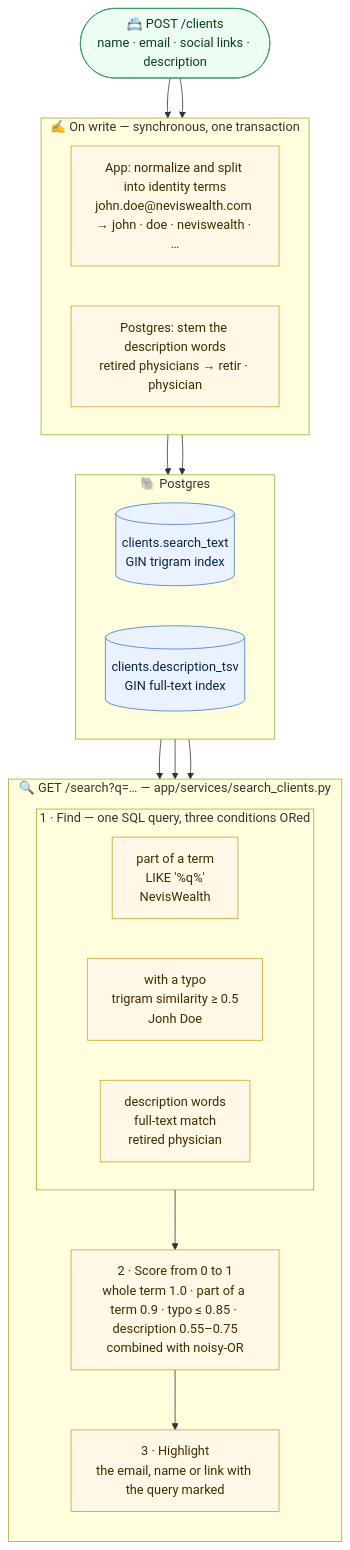
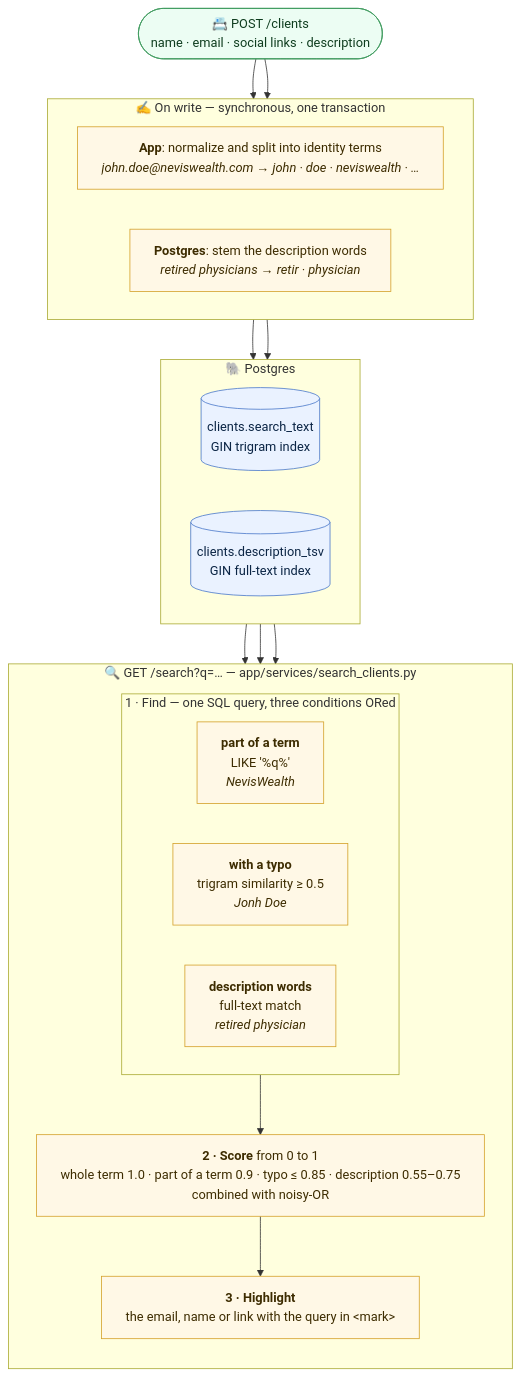
Before and after one commit to refined/neviswealth: the first of 3 diagrams in README.md, drawn with Mermaid. The commit also changed other lines of this file, not shown here.

First line of the commit message:
Widen Mermaid label wrapping so GitHub does not clip diagram text

````diff
--- a/README.md
+++ b/README.md
@@ -61,44 +61,44 @@
 ```mermaid
-%%{init: {"flowchart": {"htmlLabels": false}}}%%
+%%{init: {"flowchart": {"wrappingWidth": 1000}}}%%
 flowchart TB
     input(["📇 POST /clients<br/>name · email · social links · description"])
 
     subgraph write["✍️ On write — synchronous, one transaction"]
         direction LR
-        split["App: normalize and split into identity terms<br/>john.doe@neviswealth.com → john · doe · neviswealth · …"]
-        stem["Postgres: stem the description words<br/>retired physicians → retir · physician"]
+        split["<b>App</b>: normalize and split into identity terms<br/><i>john.doe@neviswealth.com → john · doe · neviswealth · …</i>"]
+        stem["<b>Postgres</b>: stem the description words<br/><i>retired physicians → retir · physician</i>"]
     end
 
     subgraph db["🐘 Postgres"]
         direction LR
         search_text[("clients.search_text<br/>GIN trigram index")]
         description_tsv[("clients.description_tsv<br/>GIN full-text index")]
     end
 
     input --> split & stem
     split --> search_text
     stem --> description_tsv
 
     subgraph search["🔍 GET /search?q=… — app/services/search_clients.py"]
         direction TB
         subgraph find["1 · Find — one SQL query, three conditions ORed"]
             direction LR
-            part["part of a term<br/>LIKE '%q%'<br/>NevisWealth"]
-            typo["with a typo<br/>trigram similarity ≥ 0.5<br/>Jonh Doe"]
-            words["description words<br/>full-text match<br/>retired physician"]
+            part["<b>part of a term</b><br/>LIKE '%q%'<br/><i>NevisWealth</i>"]
+            typo["<b>with a typo</b><br/>trigram similarity ≥ 0.5<br/><i>Jonh Doe</i>"]
+            words["<b>description words</b><br/>full-text match<br/><i>retired physician</i>"]
         end
-        score["2 · Score from 0 to 1<br/>whole term 1.0 · part of a term 0.9 · typo ≤ 0.85 · description 0.55–0.75<br/>combined with noisy-OR"]
-        highlight["3 · Highlight<br/>the email, name or link with the query marked"]
+        score["<b>2 · Score</b> from 0 to 1<br/>whole term 1.0 · part of a term 0.9 · typo ≤ 0.85 · description 0.55–0.75<br/>combined with noisy-OR"]
+        highlight["<b>3 · Highlight</b><br/>the email, name or link with the query in &lt;mark&gt;"]
         find --> score --> highlight
     end
 
     search_text --> part & typo
     description_tsv --> words
 
     classDef io fill:#ecfdf3,stroke:#3f9b5f,color:#0f3d1f
     classDef step fill:#fff8e6,stroke:#d4a12a,color:#3d2c00
     classDef store fill:#eaf2ff,stroke:#4a78c9,color:#0b2545
     class input io
     class split,stem,part,typo,words,score,highlight step
     class search_text,description_tsv store
 ```
````
